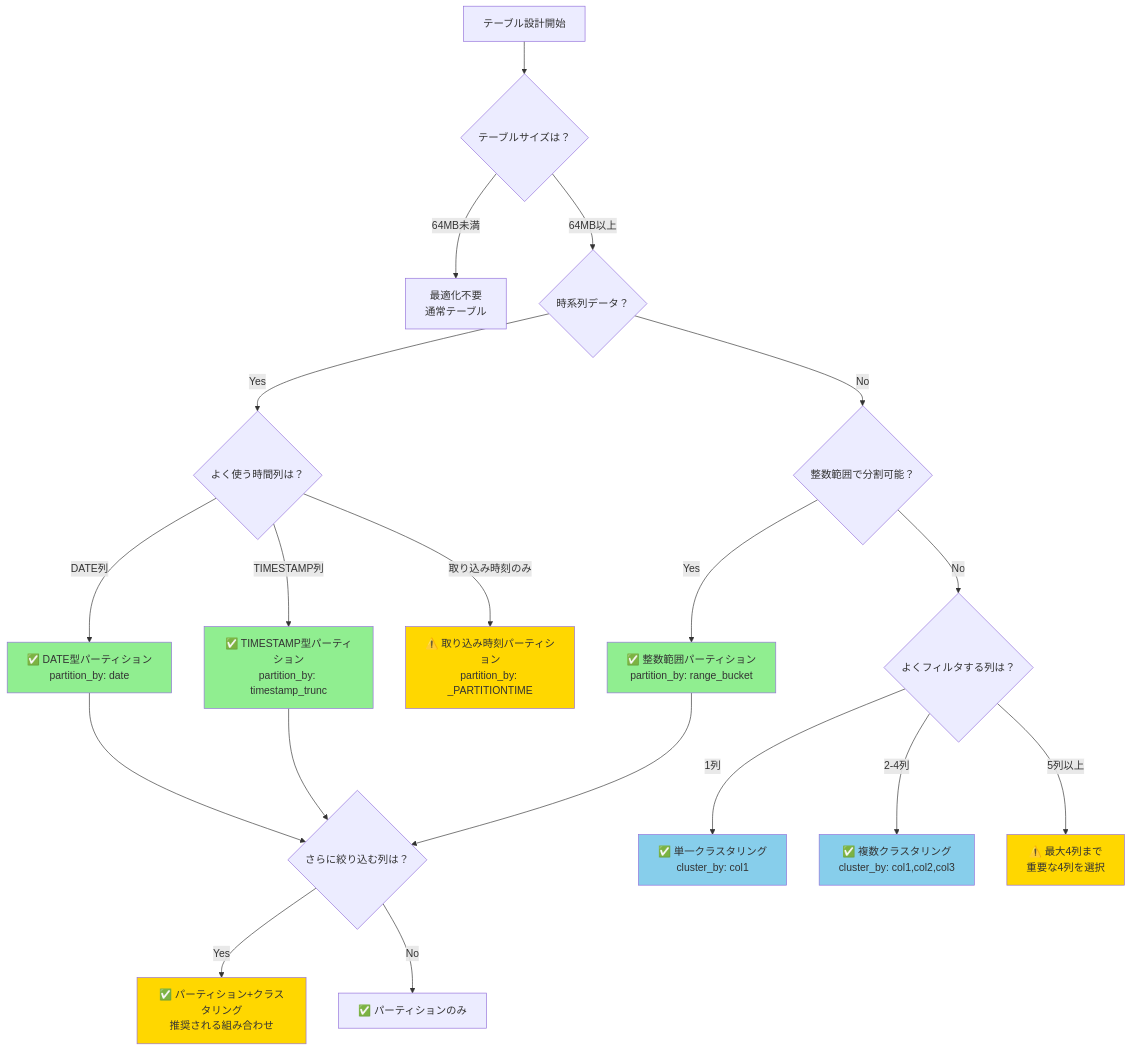
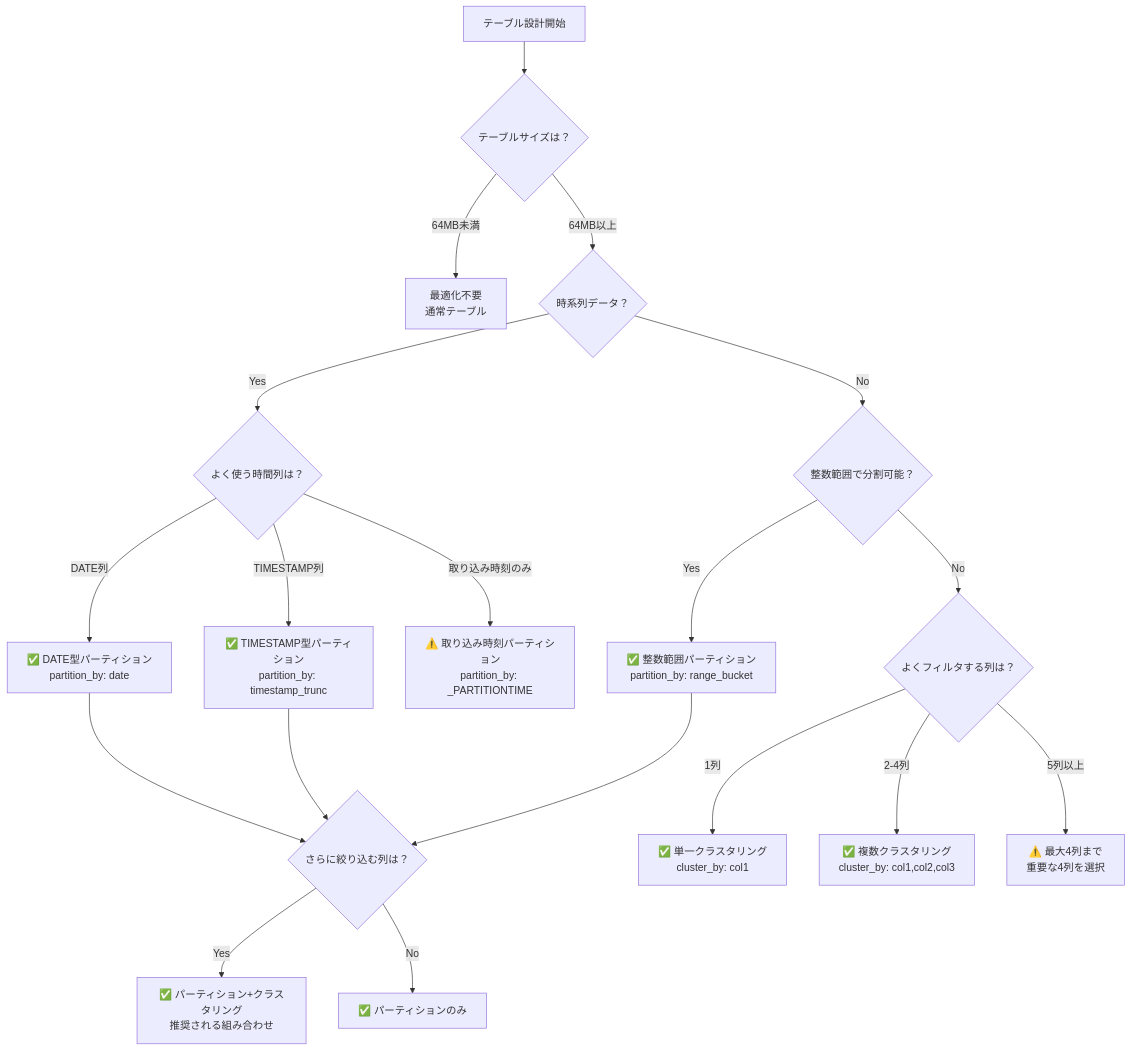
The first of 2 diagrams in content/Tech/dbt/features/partitioning-clustering-guide.md (1210yuichi0/1210yuichi0.github.io), drawn with Mermaid before and after one commit. The commit also changed other lines of this file and 22 other files, not shown here.

First line of the commit message:
style: remove Mermaid style directives for dark mode compatibility

````diff
--- a/content/Tech/dbt/features/partitioning-clustering-guide.md
+++ b/content/Tech/dbt/features/partitioning-clustering-guide.md
@@ -55,35 +55,27 @@
 ```mermaid
 flowchart TD
     Start[テーブル設計開始] --> Size{テーブルサイズは？}
 
     Size -->|64MB未満| NoOpt[最適化不要<br/>通常テーブル]
     Size -->|64MB以上| Q1{時系列データ？}
 
     Q1 -->|Yes| Q2{よく使う時間列は？}
     Q2 -->|DATE列| PartDate[✅ DATE型パーティション<br/>partition_by: date]
     Q2 -->|TIMESTAMP列| PartTS[✅ TIMESTAMP型パーティション<br/>partition_by: timestamp_trunc]
     Q2 -->|取り込み時刻のみ| PartIngest[⚠️ 取り込み時刻パーティション<br/>partition_by: _PARTITIONTIME]
 
     Q1 -->|No| Q3{整数範囲で分割可能？}
     Q3 -->|Yes| PartInt[✅ 整数範囲パーティション<br/>partition_by: range_bucket]
     Q3 -->|No| Q4{よくフィルタする列は？}
 
     Q4 -->|1列| Cluster1[✅ 単一クラスタリング<br/>cluster_by: col1]
     Q4 -->|2-4列| ClusterM[✅ 複数クラスタリング<br/>cluster_by: col1,col2,col3]
     Q4 -->|5列以上| ClusterMax[⚠️ 最大4列まで<br/>重要な4列を選択]
 
     PartDate --> Q5{さらに絞り込む列は？}
     PartTS --> Q5
     PartInt --> Q5
     Q5 -->|Yes| PartCluster[✅ パーティション+クラスタリング<br/>推奨される組み合わせ]
     Q5 -->|No| PartOnly[✅ パーティションのみ]
 
-    style PartDate fill:#90EE90
-    style PartTS fill:#90EE90
-    style PartInt fill:#90EE90
-    style Cluster1 fill:#87CEEB
-    style ClusterM fill:#87CEEB
-    style PartCluster fill:#FFD700
-    style PartIngest fill:#FFD700
-    style ClusterMax fill:#FFD700
 ```
````
